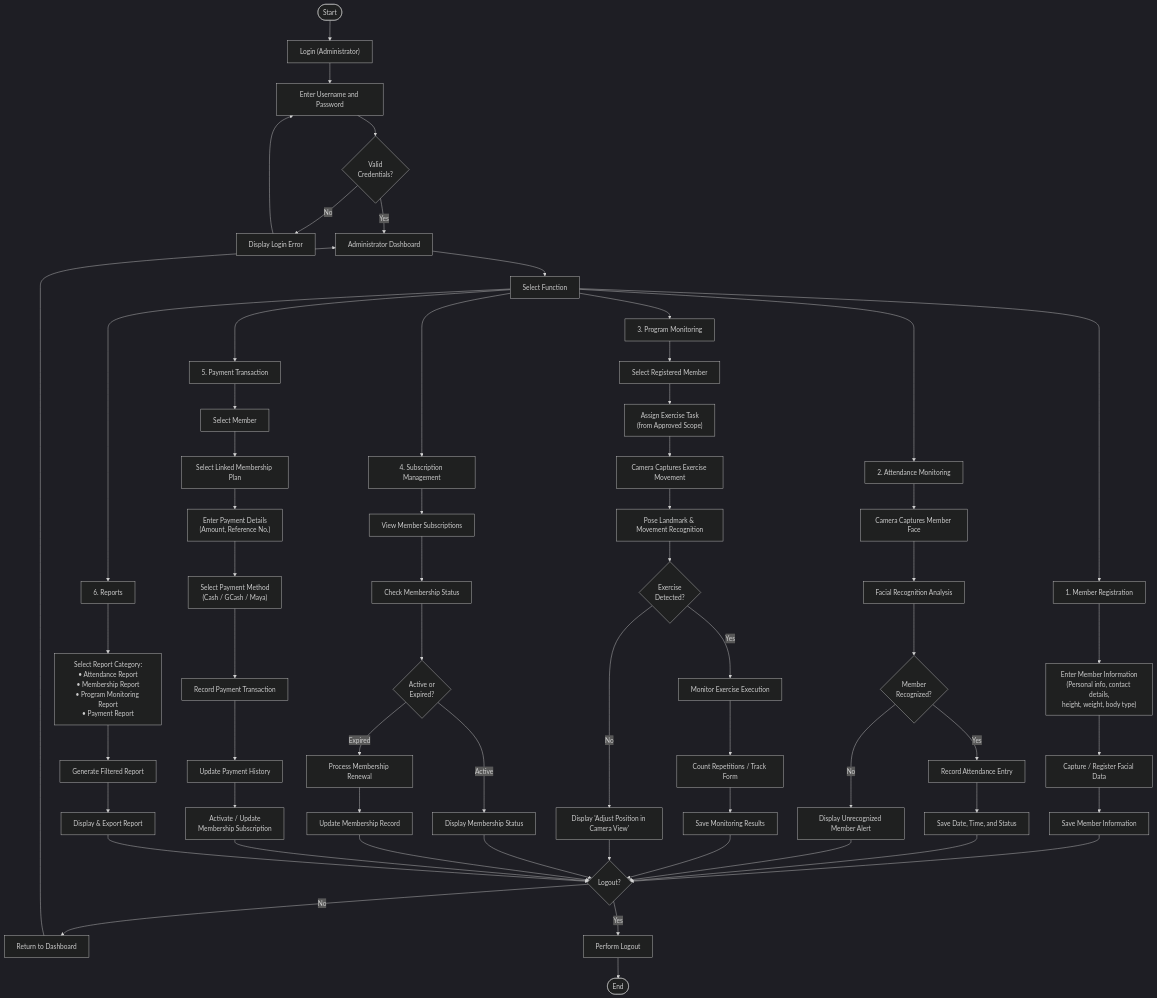
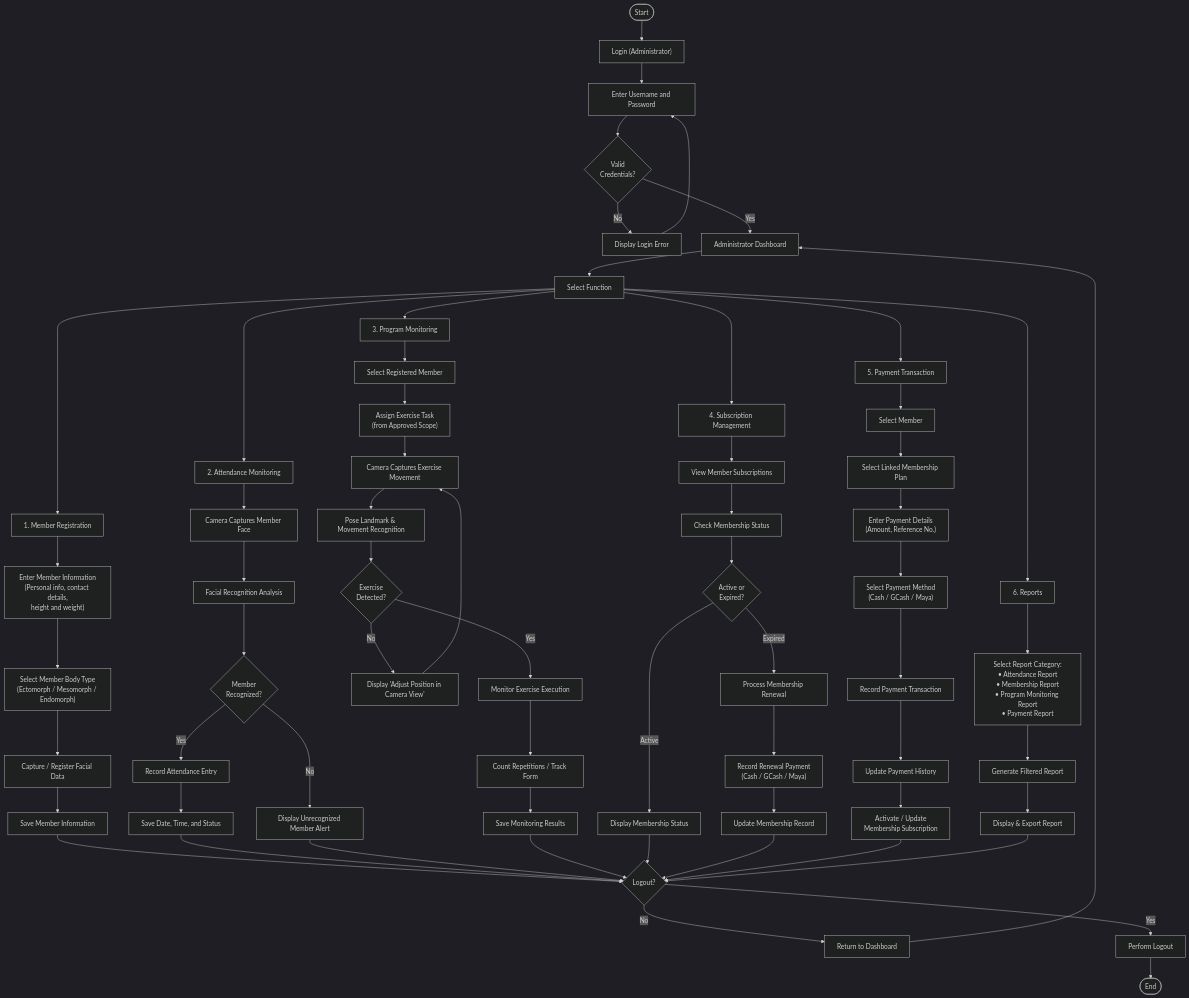
One commit to Plonteras191/GYM2-CAPSTONE changed the diagram in DOCUMENTATION/System Process Flow Diagram/New System Process Flow Diagram.md. Above: the diagram before and after it, drawn with Mermaid (dark theme). The commit also changed 7 other files, not shown here.

First line of the commit message:
docs: align all diagrams with manus.md manuscript (13 fixes across 5 diagrams)

```diff
--- a/DOCUMENTATION/System Process Flow Diagram/New System Process Flow Diagram.md
+++ b/DOCUMENTATION/System Process Flow Diagram/New System Process Flow Diagram.md
@@ -28,9 +28,10 @@
     SelectFunc --> M5["5. Payment Transaction"]
     SelectFunc --> M6["6. Reports"]
     
-    %% Module 1: Member Registration (Fix 1 Applied)
-    M1 --> M1_1["Enter Member Information\n(Personal info, contact details,\nheight, weight, body type)"]
-    M1_1 --> M1_2["Capture / Register Facial Data"]
+    %% Module 1: Member Registration
+    M1 --> M1_1["Enter Member Information\n(Personal info, contact details,\nheight and weight)"]
+    M1_1 --> M1_1b["Select Member Body Type\n(Ectomorph / Mesomorph / Endomorph)"]
+    M1_1b --> M1_2["Capture / Register Facial Data"]
     M1_2 --> M1_3["Save Member Information"]
     
     %% Module 2: Attendance Monitoring
@@ -48,6 +49,7 @@
     M3_3 --> M3_4["Pose Landmark & Movement Recognition"]
     M3_4 --> M3_Check{"Exercise\nDetected?"}
     M3_Check -- "No" --> M3_Fail["Display 'Adjust Position in Camera View'"]
+    M3_Fail --> M3_3
     M3_Check -- "Yes" --> M3_5["Monitor Exercise Execution"]
     M3_5 --> M3_6["Count Repetitions / Track Form"]
     M3_6 --> M3_7["Save Monitoring Results"]
@@ -58,7 +60,8 @@
     M4_2 --> M4_Check{"Active or\nExpired?"}
     M4_Check -- "Active" --> M4_Active["Display Membership Status"]
     M4_Check -- "Expired" --> M4_Renew["Process Membership Renewal"]
-    M4_Renew --> M4_Update["Update Membership Record"]
+    M4_Renew --> M4_Pay["Record Renewal Payment\n(Cash / GCash / Maya)"]
+    M4_Pay --> M4_Update["Update Membership Record"]
     
     %% Module 5: Payment Transaction (Fix 4 & Fix 5 Applied)
     M5 --> M5_1["Select Member"]
@@ -79,7 +82,6 @@
     M2_4 --> LogoutCheck
     M2_Fail --> LogoutCheck
     M3_7 --> LogoutCheck
-    M3_Fail --> LogoutCheck
     M4_Active --> LogoutCheck
     M4_Update --> LogoutCheck
     M5_7 --> LogoutCheck
```
